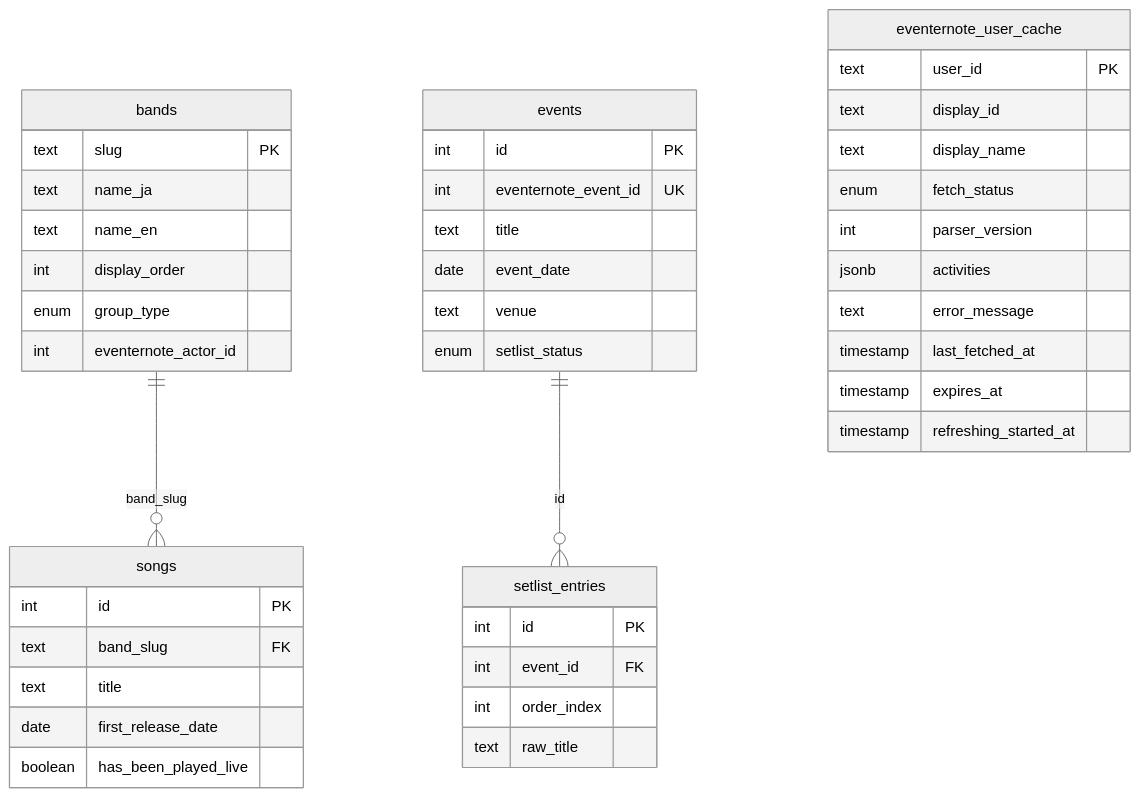
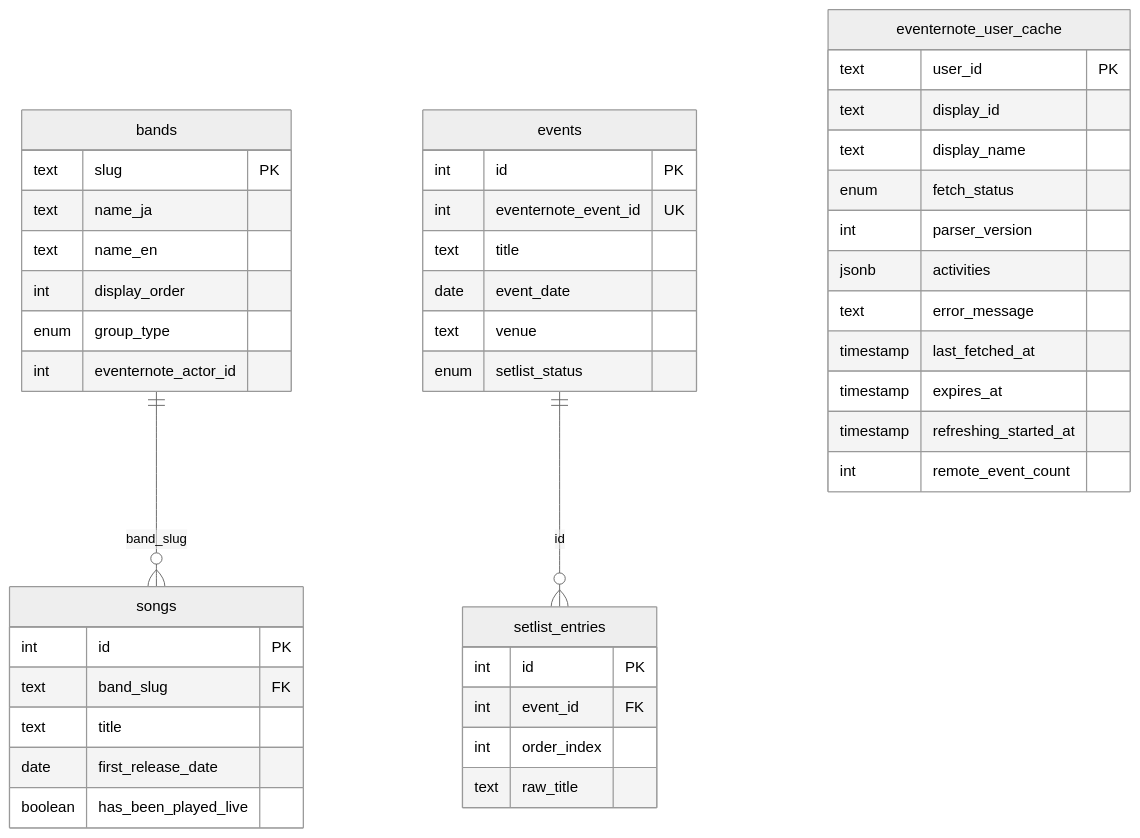
One commit to calcxx/bandori-live-songs changed the third of 5 diagrams in ARCHITECTURE.md. Above: the diagram before and after it, drawn with Mermaid (neutral theme). The commit also changed other lines of this file and 1 other file, not shown here.

````diff
--- a/ARCHITECTURE.md
+++ b/ARCHITECTURE.md
@@ -256,46 +265,47 @@
 ```mermaid
 erDiagram
     bands ||--o{ songs : "band_slug"
     bands {
         text slug PK
         text name_ja
         text name_en
         int display_order
         enum group_type
         int eventernote_actor_id
     }
     songs {
         int id PK
         text band_slug FK
         text title
         date first_release_date
         boolean has_been_played_live
     }
     events ||--o{ setlist_entries : "id"
     events {
         int id PK
         int eventernote_event_id UK
         text title
         date event_date
         text venue
         enum setlist_status
     }
     setlist_entries {
         int id PK
         int event_id FK
         int order_index
         text raw_title
     }
     eventernote_user_cache {
         text user_id PK
         text display_id
         text display_name
         enum fetch_status
         int parser_version
         jsonb activities
         text error_message
         timestamp last_fetched_at
         timestamp expires_at
         timestamp refreshing_started_at
+        int remote_event_count
     }
 ```
````
